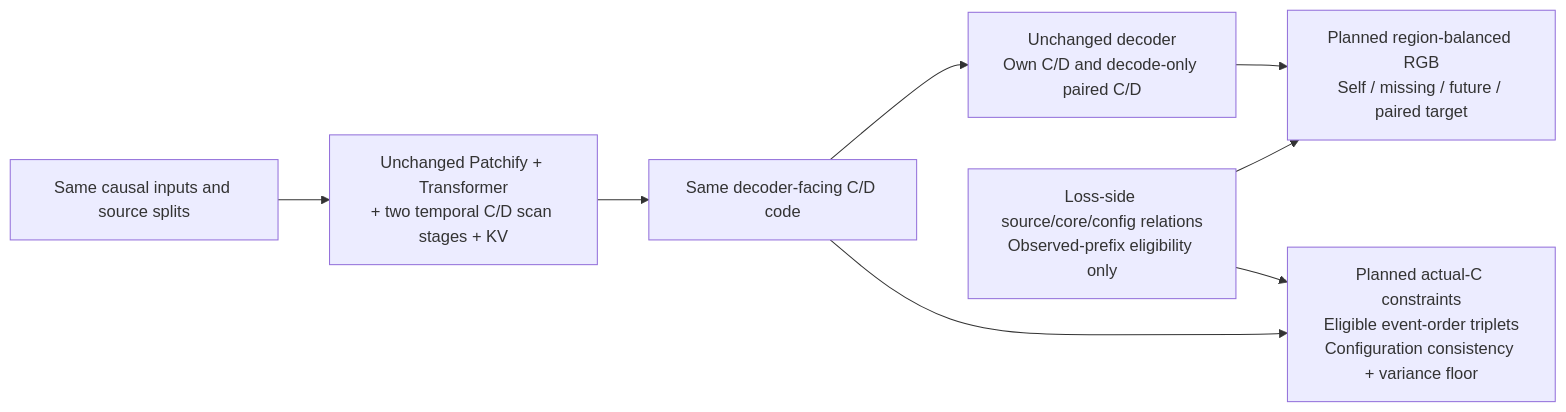
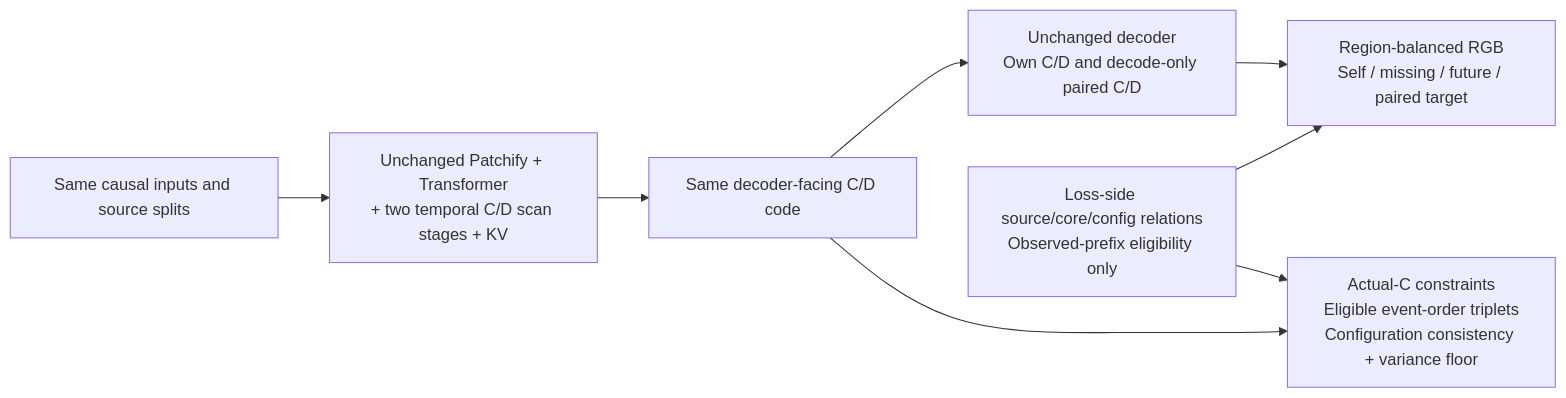
The fourth of 4 diagrams in docs/architecture/diagnostic-and-natural-training.md (Computer-Vision-Lab-LinhDang/Antokenizer), drawn with Mermaid before and after one commit. The commit also changed other lines of this file and 13 other files, not shown here.

````diff
--- a/docs/architecture/diagnostic-and-natural-training.md
+++ b/docs/architecture/diagnostic-and-natural-training.md
@@ -88,10 +89,10 @@
 ```mermaid
 flowchart LR
     X["Same causal inputs and source splits"] --> B["Unchanged Patchify + Transformer<br/>+ two temporal C/D scan stages + KV"]
     B --> Z["Same decoder-facing C/D code"]
     Z --> R["Unchanged decoder<br/>Own C/D and decode-only paired C/D"]
-    R --> RGB["Planned region-balanced RGB<br/>Self / missing / future / paired target"]
-    Z --> C["Planned actual-C constraints<br/>Eligible event-order triplets<br/>Configuration consistency + variance floor"]
+    R --> RGB["Region-balanced RGB<br/>Self / missing / future / paired target"]
+    Z --> C["Actual-C constraints<br/>Eligible event-order triplets<br/>Configuration consistency + variance floor"]
     P["Loss-side source/core/config relations<br/>Observed-prefix eligibility only"] --> RGB
     P --> C
 ```
````
